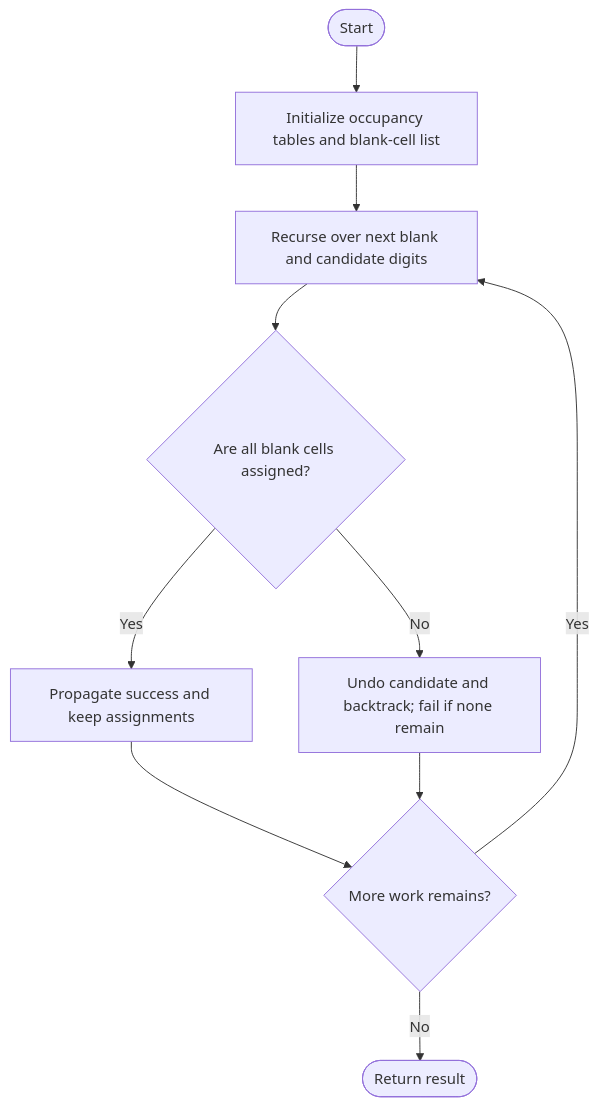
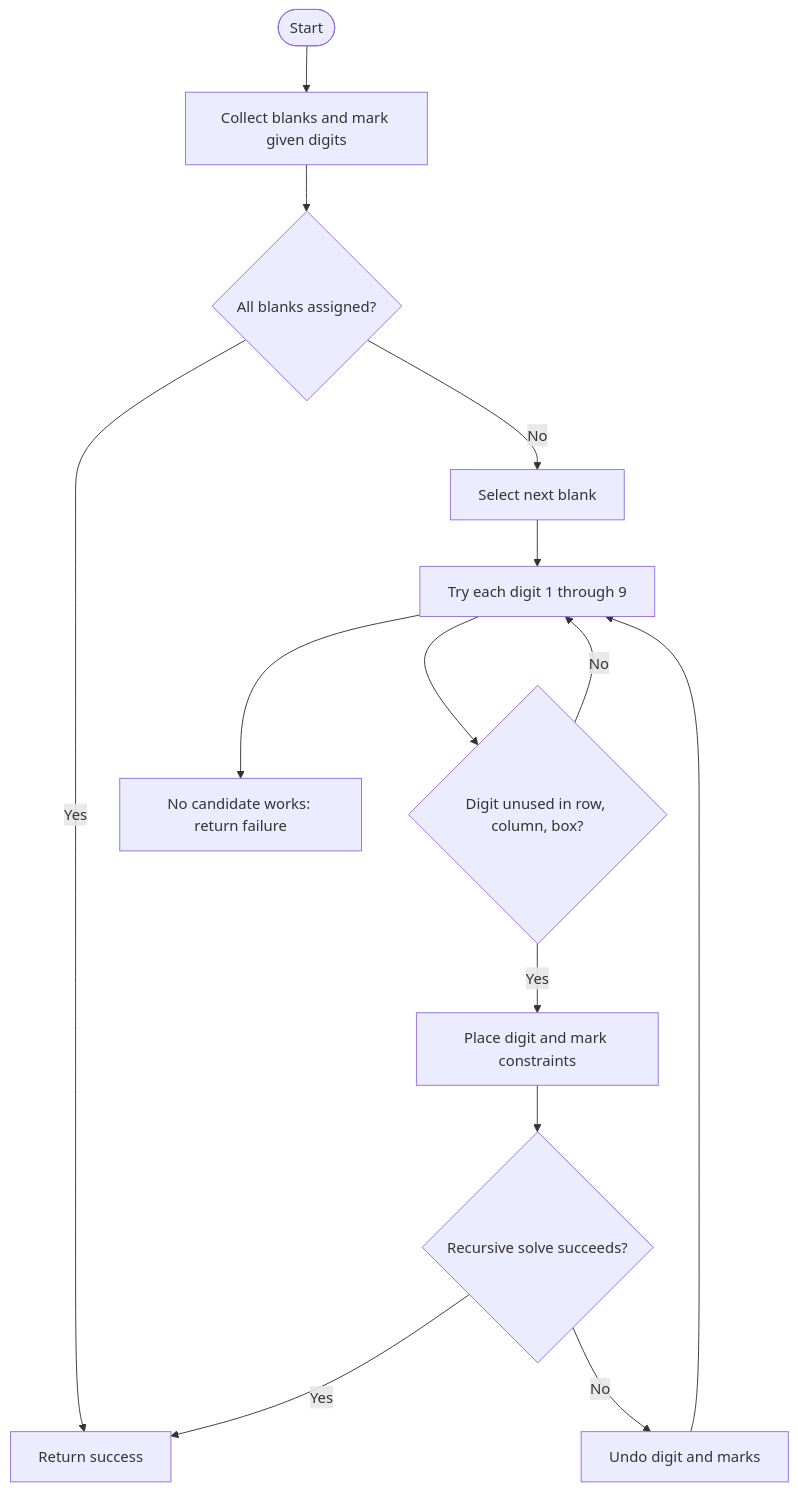
One commit to SAIDEEPBHANGE/C-CPP-Codes changed the diagram in LeetCode/37/README.md. Above: the diagram before and after it, drawn with Mermaid. The commit also changed other lines of this file and 196 other files, not shown here.

Commit message:
All Files Are Updated

````diff
--- a/LeetCode/37/README.md
+++ b/LeetCode/37/README.md
@@ -13,12 +32,16 @@
 ```mermaid
 flowchart TD
- A([Start]) --> B[Initialize occupancy tables and blank-cell list]
- B --> C[Recurse over next blank and candidate digits]
- C --> D{Are all blank cells assigned?}
- D -- Yes --> E[Propagate success and keep assignments]
- D -- No --> F[Undo candidate and backtrack; fail if none remain]
- E --> G{More work remains?}
- F --> G
- G -- Yes --> C
- G -- No --> H([Return result])
+ A([Start]) --> B[Collect blanks and mark given digits]
+ B --> C{All blanks assigned?}
+ C -- Yes --> D[Return success]
+ C -- No --> E[Select next blank]
+ E --> F[Try each digit 1 through 9]
+ F --> G{Digit unused in row, column, box?}
+ G -- No --> F
+ G -- Yes --> H[Place digit and mark constraints]
+ H --> I{Recursive solve succeeds?}
+ I -- Yes --> D
+ I -- No --> J[Undo digit and marks]
+ J --> F
+ F --> K[No candidate works: return failure]
 ```
````
